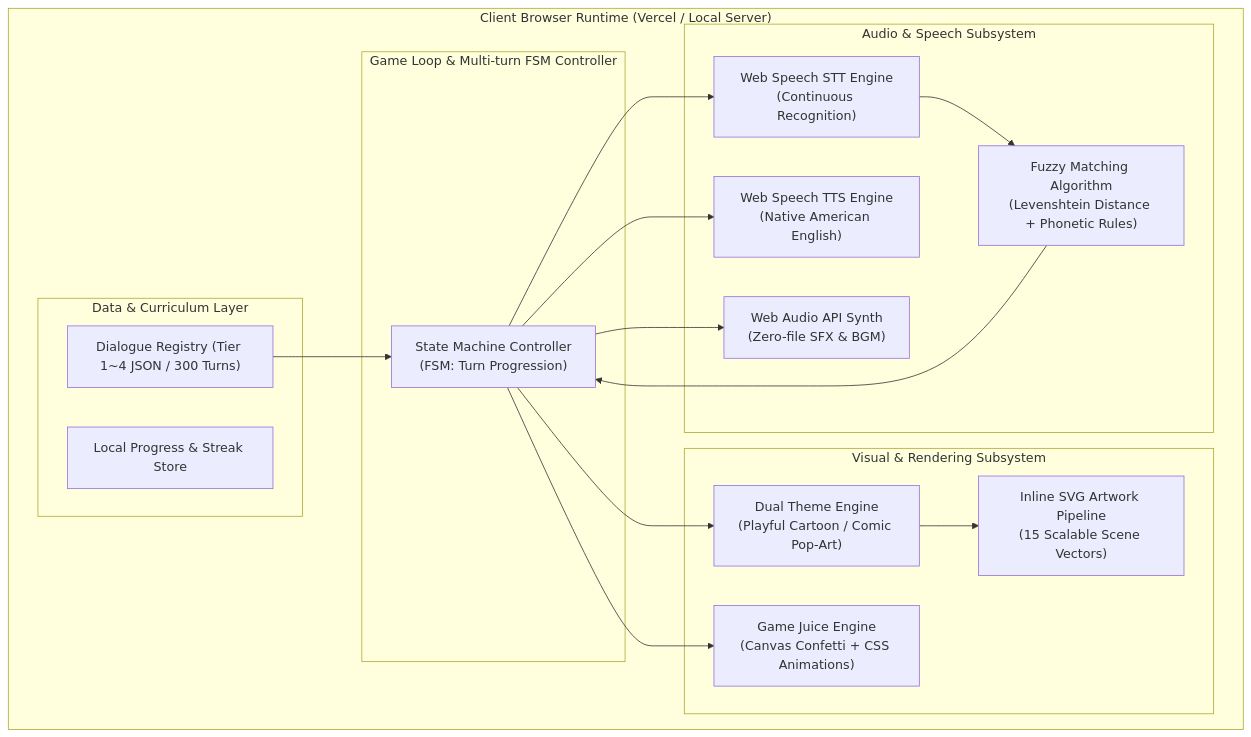
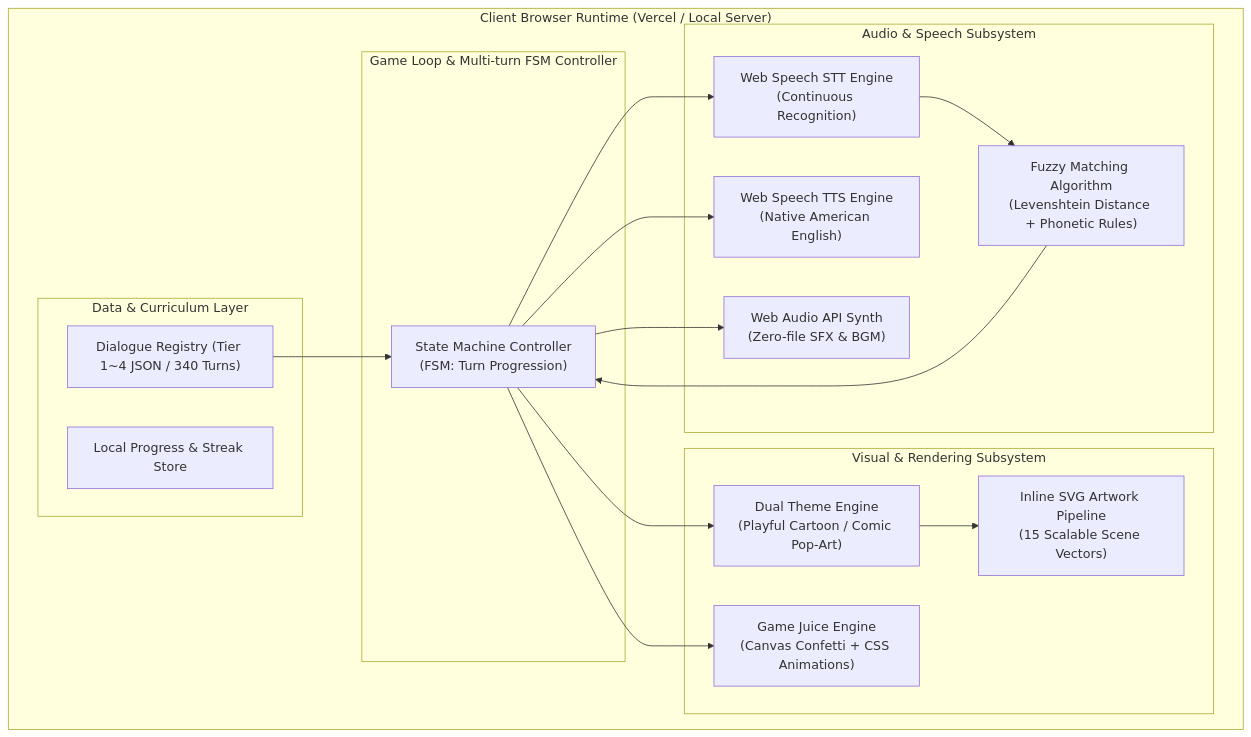
The first of 2 diagrams in DETAILED_SPECIFICATION.md (headshoulder51204/english_g_multiturn), drawn with Mermaid before and after one commit. The commit also changed other lines of this file and 8 other files, not shown here.

````diff
--- a/DETAILED_SPECIFICATION.md
+++ b/DETAILED_SPECIFICATION.md
@@ -13,36 +13,36 @@
 ```mermaid
 flowchart TD
     subgraph Client ["Client Browser Runtime (Vercel / Local Server)"]
         subgraph FSM ["Game Loop & Multi-turn FSM Controller"]
             StateMgr["State Machine Controller<br/>(FSM: Turn Progression)"]
         end
 
         subgraph AudioSubsystem ["Audio & Speech Subsystem"]
             STT["Web Speech STT Engine<br/>(Continuous Recognition)"]
             FuzzyMatch["Fuzzy Matching Algorithm<br/>(Levenshtein Distance + Phonetic Rules)"]
             TTS["Web Speech TTS Engine<br/>(Native American English)"]
             SynthAudio["Web Audio API Synth<br/>(Zero-file SFX & BGM)"]
         end
 
         subgraph RenderSubsystem ["Visual & Rendering Subsystem"]
             ThemeEngine["Dual Theme Engine<br/>(Playful Cartoon / Comic Pop-Art)"]
             SVGRenderer["Inline SVG Artwork Pipeline<br/>(15 Scalable Scene Vectors)"]
             JuiceEngine["Game Juice Engine<br/>(Canvas Confetti + CSS Animations)"]
         end
 
         subgraph DataLayer ["Data & Curriculum Layer"]
-            ScenarioData["Dialogue Registry (Tier 1~4 JSON / 300 Turns)"]
+            ScenarioData["Dialogue Registry (Tier 1~4 JSON / 340 Turns)"]
             UserProgress["Local Progress & Streak Store"]
         end
     end
 
     StateMgr --> STT
     STT --> FuzzyMatch
     FuzzyMatch --> StateMgr
     StateMgr --> TTS
     StateMgr --> SynthAudio
     StateMgr --> ThemeEngine
     ThemeEngine --> SVGRenderer
     StateMgr --> JuiceEngine
     ScenarioData --> StateMgr
 ```
````
